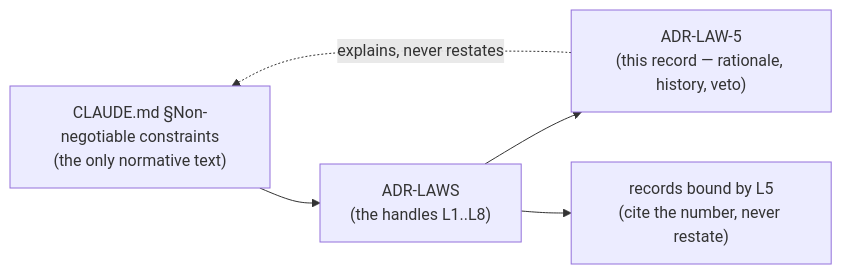
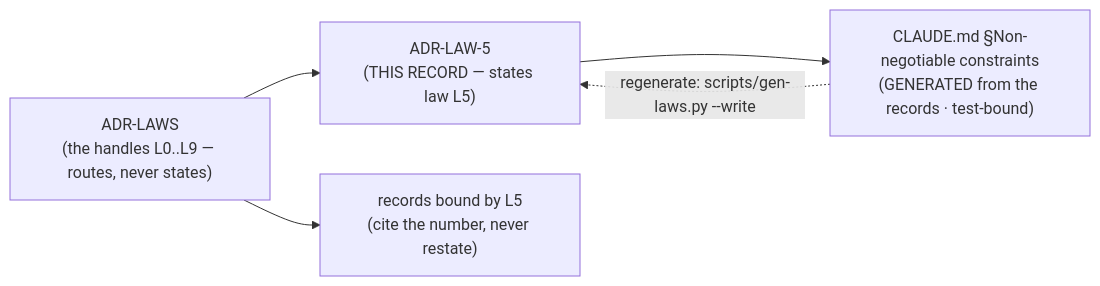
The diagram in docs/adr/0007_LAW-5-hashed-meta.md (arpitarya/fux), drawn with Mermaid before and after one commit. The commit also changed other lines of this file and 190 other files, not shown here.

````diff
--- a/docs/adr/0007_LAW-5-hashed-meta.md
+++ b/docs/adr/0007_LAW-5-hashed-meta.md
@@ -40,10 +42,11 @@
 ```mermaid
 flowchart LR
-    C["CLAUDE.md §Non-negotiable constraints<br/>(the only normative text)"]
-    N["ADR-LAWS<br/>(the handles L1..L8)"]
-    R["ADR-LAW-5<br/>(this record — rationale, history, veto)"]
+    R["ADR-LAW-5<br/>(THIS RECORD — states law L5)"]
+    N["ADR-LAWS<br/>(the handles L0..L9 — routes, never states)"]
+    C["CLAUDE.md §Non-negotiable constraints<br/>(GENERATED from the records · test-bound)"]
     B["records bound by L5<br/>(cite the number, never restate)"]
-    C --> N --> R
+    R --> C
+    N --> R
     N --> B
-    R -. "explains, never restates" .-> C
+    C -. "regenerate: scripts/gen-laws.py --write" .-> R
 ```
````
